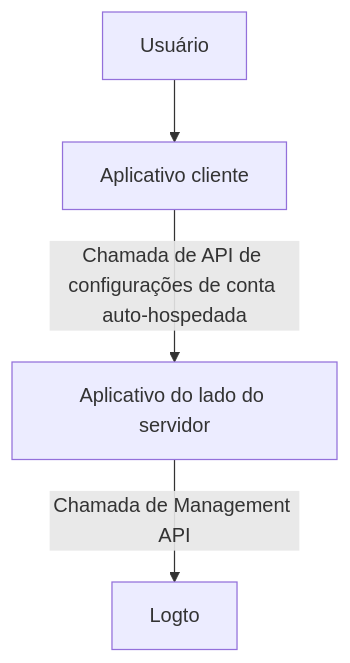
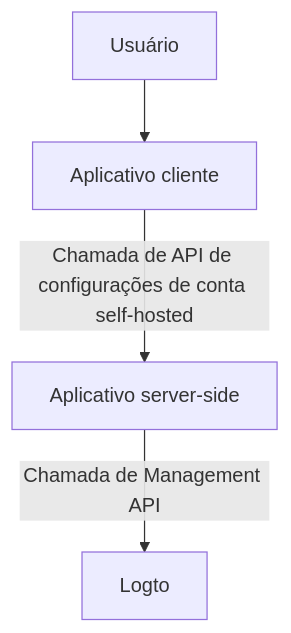
Before and after one commit to logto-io/docs: the first of 3 diagrams in i18n/pt-BR/docusaurus-plugin-content-docs/current/end-user-flows/account-settings/by-management-api.mdx, drawn with Mermaid. The commit also changed other lines of this file and 162 other files, not shown here.

````diff
--- a/i18n/pt-BR/docusaurus-plugin-content-docs/current/end-user-flows/account-settings/by-management-api.mdx
+++ b/i18n/pt-BR/docusaurus-plugin-content-docs/current/end-user-flows/account-settings/by-management-api.mdx
@@ -13,6 +13,6 @@
 ```mermaid
   graph TB
     A[Usuário] --> B[Aplicativo cliente]
-    B -->|Chamada de API de configurações de conta auto-hospedada|C[Aplicativo do lado do servidor]
+    B -->|Chamada de API de configurações de conta self-hosted|C[Aplicativo server-side]
     C -->|Chamada de Management API| D[Logto]
 ```
````
